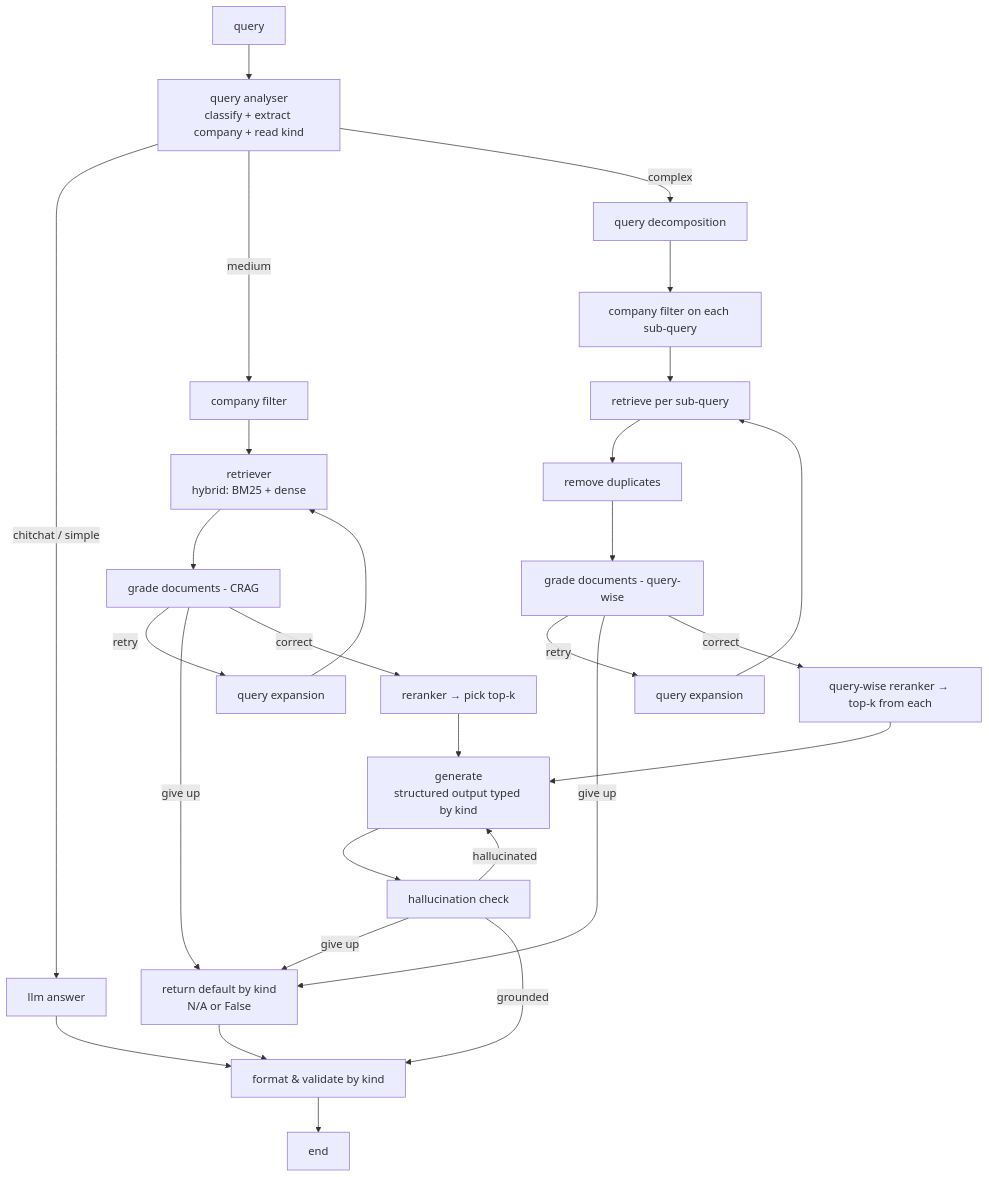
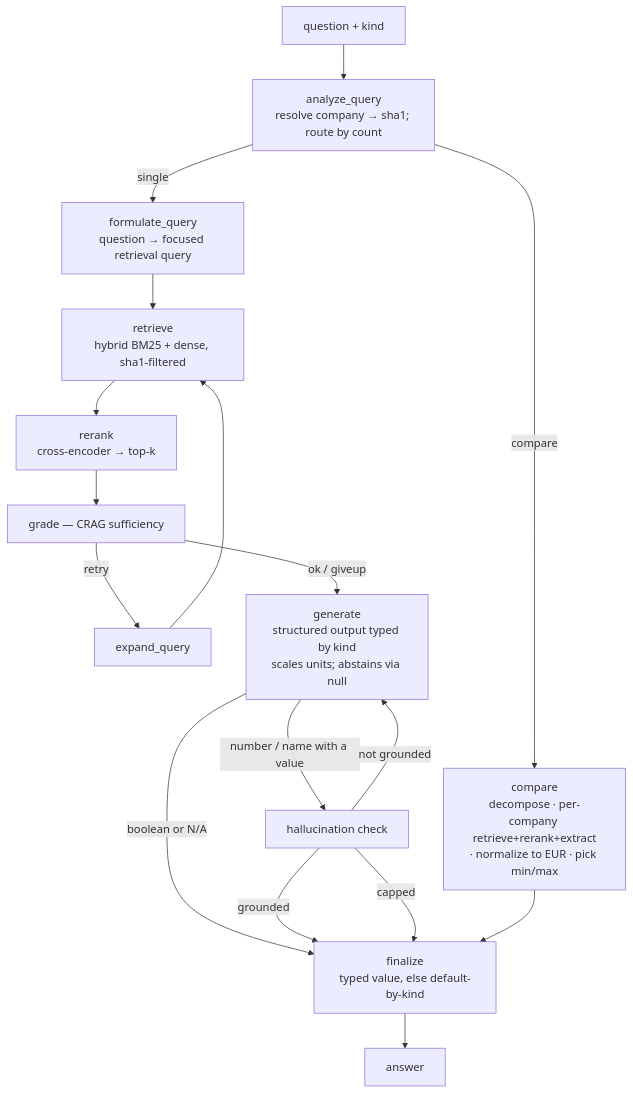
The diagram in README.md (git-MARx/kaggle_RAG), drawn with Mermaid before and after one commit. The commit also changed other lines of this file and 3 other files, not shown here.

````diff
--- a/README.md
+++ b/README.md
@@ -63,34 +72,21 @@
 ```mermaid
 flowchart TD
-    Q[query] --> QA[query analyser<br/>classify + extract company + read kind]
-    QA -->|chitchat / simple| LLM[llm answer]
-    LLM --> FMT
-    QA -->|medium| CF[company filter]
-    QA -->|complex| QD[query decomposition]
+    Q[question + kind] --> AN[analyze_query<br/>resolve company → sha1; route by count]
+    AN -->|single| FM[formulate_query<br/>question → focused retrieval query]
+    AN -->|compare| CMP[compare<br/>decompose · per-company retrieve+rerank+extract<br/>· normalize to EUR · pick min/max]
 
-    %% Medium path
-    CF --> R[retriever<br/>hybrid: BM25 + dense]
-    R --> GD[grade documents - CRAG]
-    GD -->|retry| QE[query expansion] --> R
-    GD -->|give up| NA[return default by kind<br/>N/A or False]
-    GD -->|correct| RR[reranker → pick top-k]
-    RR --> GEN
+    FM --> RET[retrieve<br/>hybrid BM25 + dense, sha1-filtered]
+    RET --> RR[rerank<br/>cross-encoder → top-k]
+    RR --> GR[grade — CRAG sufficiency]
+    GR -->|retry| EX[expand_query] --> RET
+    GR -->|ok / giveup| GEN[generate<br/>structured output typed by kind<br/>scales units; abstains via null]
 
-    %% Complex / comparison path
-    QD --> CFE[company filter on each sub-query]
-    CFE --> RC[retrieve per sub-query]
-    RC --> DEDUP[remove duplicates]
-    DEDUP --> GDC[grade documents - query-wise]
-    GDC -->|retry| QEC[query expansion] --> RC
-    GDC -->|give up| NA
-    GDC -->|correct| RRC[query-wise reranker → top-k from each]
-    RRC --> GEN
+    GEN -->|number / name with a value| HC[hallucination check]
+    GEN -->|boolean or N/A| FIN
+    HC -->|grounded| FIN[finalize<br/>typed value, else default-by-kind]
+    HC -->|not grounded| GEN
+    HC -->|capped| FIN
 
-    %% Generation + verification
-    GEN[generate<br/>structured output typed by kind] --> HC[hallucination check]
-    HC -->|hallucinated| GEN
-    HC -->|give up| NA
-    HC -->|grounded| FMT[format & validate by kind]
-    NA --> FMT
-    FMT --> END[end]
+    CMP --> FIN
+    FIN --> END[answer]
 ```
````
